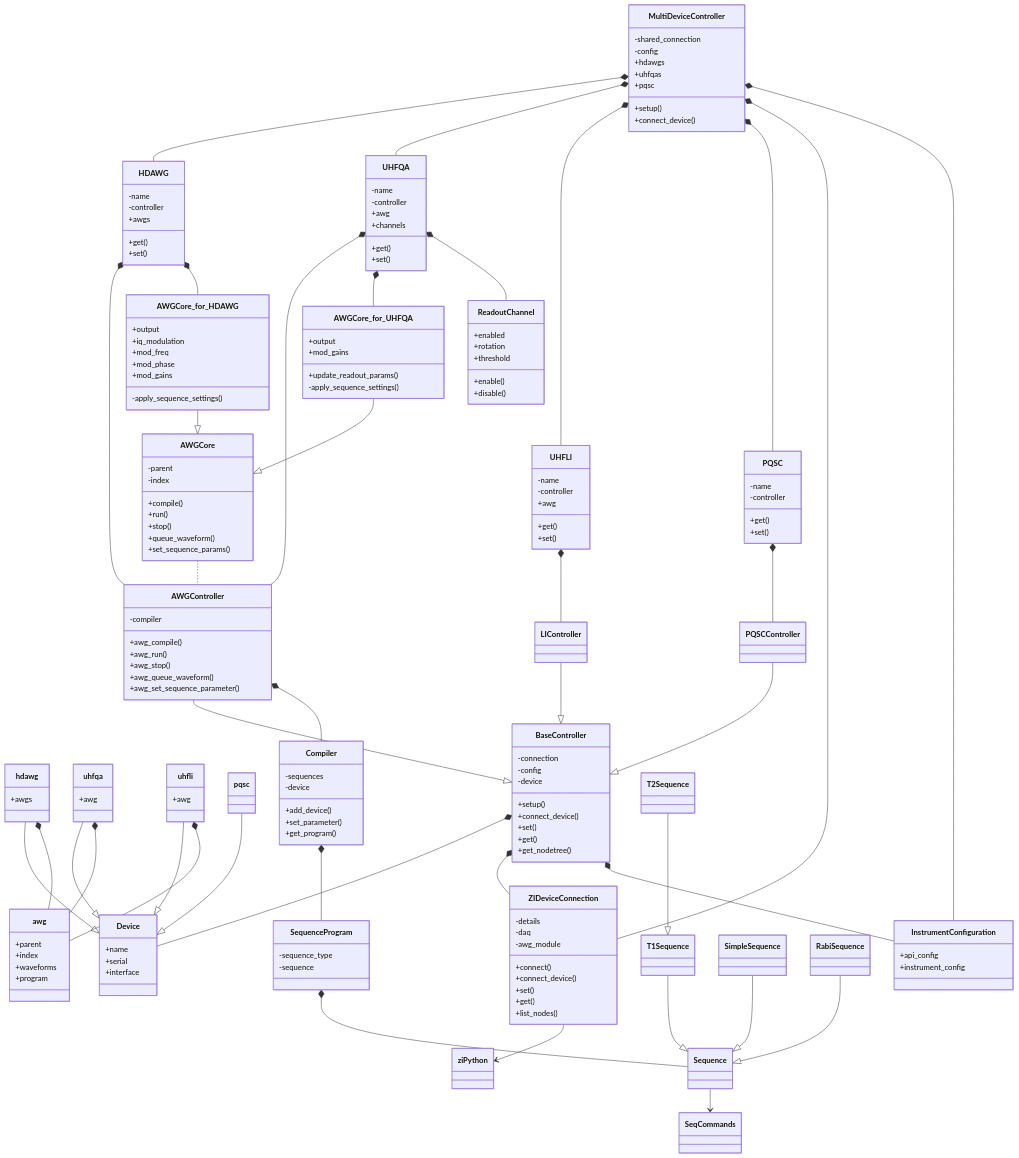
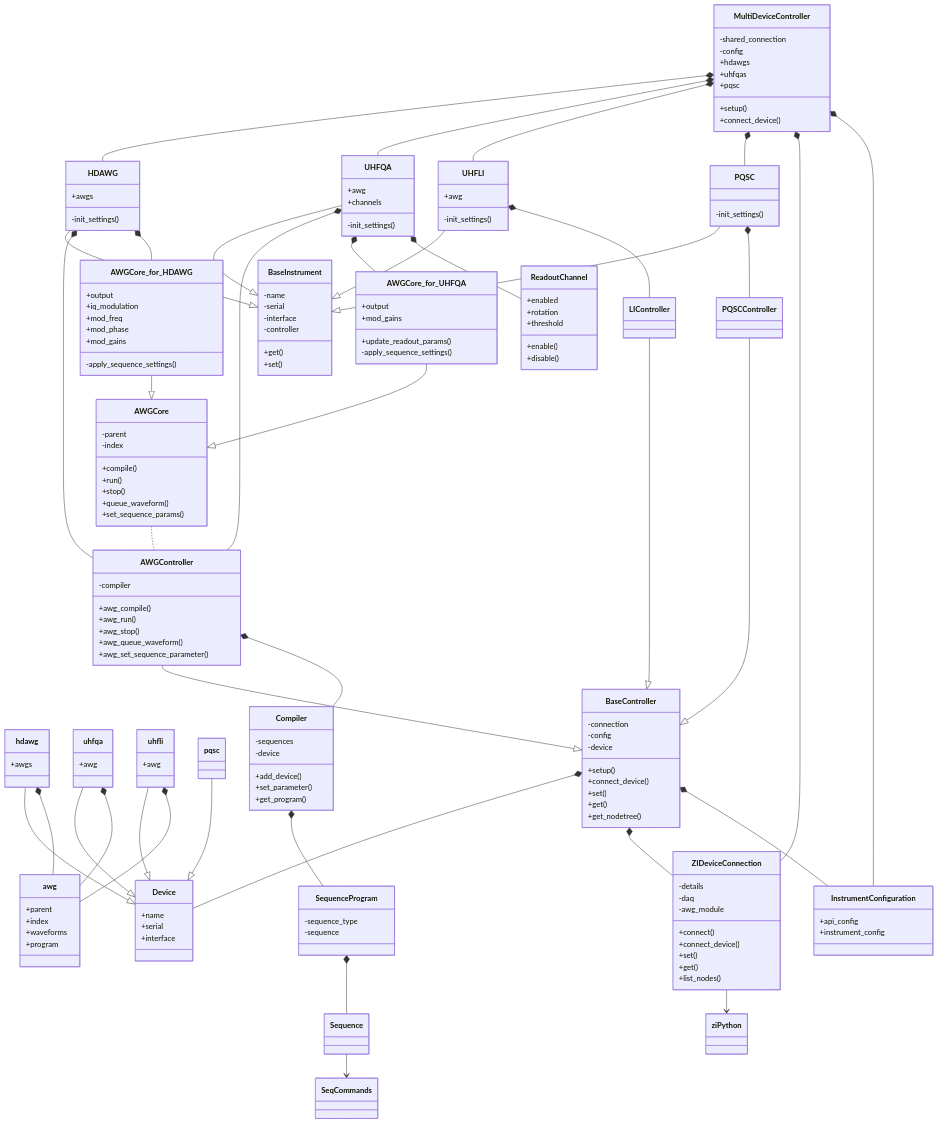
One commit to zhinst/zhinst-toolkit changed the diagram in class_diagram.md. Above: the diagram before and after it, drawn with Mermaid.

Commit message:
Update class diagram

```diff
--- a/class_diagram.md
+++ b/class_diagram.md
@@ -22,14 +22,14 @@
     LIController --|> BaseController
     Compiler *-- SequenceProgram
     SequenceProgram *-- Sequence
-    SimpleSequence --|> Sequence
-    RabiSequence --|> Sequence
-    T1Sequence --|> Sequence
-    T2Sequence --|> T1Sequence
     Sequence --> SeqCommands
     AWGCore_for_UHFQA --|> AWGCore
     AWGCore_for_HDAWG --|> AWGCore
     AWGCore .. AWGController
+    HDAWG --|> BaseInstrument
+    UHFQA --|> BaseInstrument
+    UHFLI --|> BaseInstrument
+    PQSC --|> BaseInstrument
     HDAWG *-- AWGController
     UHFQA *-- AWGController
     HDAWG *-- AWGCore_for_HDAWG
@@ -113,10 +113,6 @@
         -sequence
     }
     class Sequence
-    class SimpleSequence
-    class RabiSequence
-    class T1Sequence
-    class T2Sequence
     class SeqCommands
     class AWGCore{
         -parent
@@ -127,33 +123,29 @@
         +queue_waveform()
         +set_sequence_params()
     }
-    class HDAWG{
+    class BaseInstrument{
         -name
+        -serial
+        -interface
         -controller
-        +awgs
         +get()
         +set()
     }
+    class HDAWG{
+        +awgs
+        -init_settings()
+    }
     class UHFQA{
-        -name
-        -controller
         +awg
         +channels
-        +get()
-        +set()
+        -init_settings()
     }
     class UHFLI{
-        -name
-        -controller
         +awg
-        +get()
-        +set()
+        -init_settings()
     }
     class PQSC{
-        -name
-        -controller
-        +get()
-        +set()
+        -init_settings()
     }
     class ReadoutChannel{
         +enabled
@@ -171,7 +163,6 @@
         +mod_gains
         -apply_sequence_settings()
     }
-
     class AWGCore_for_UHFQA{
         +output
         +mod_gains
```
